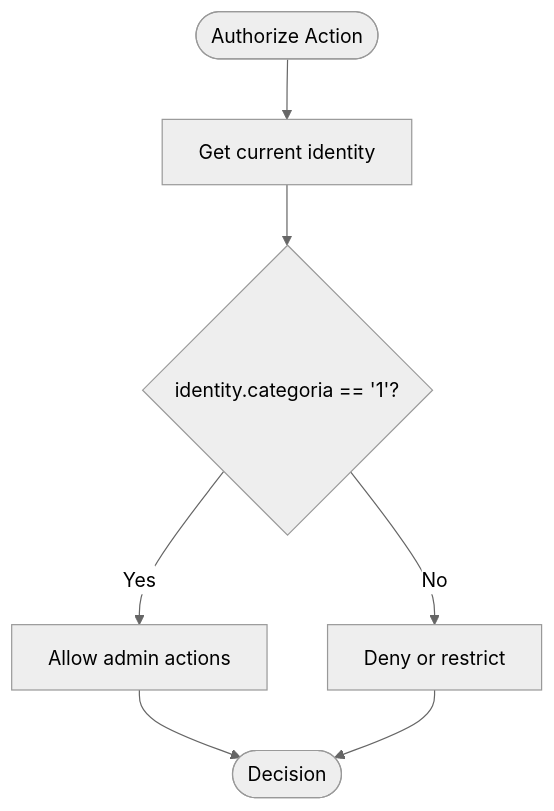
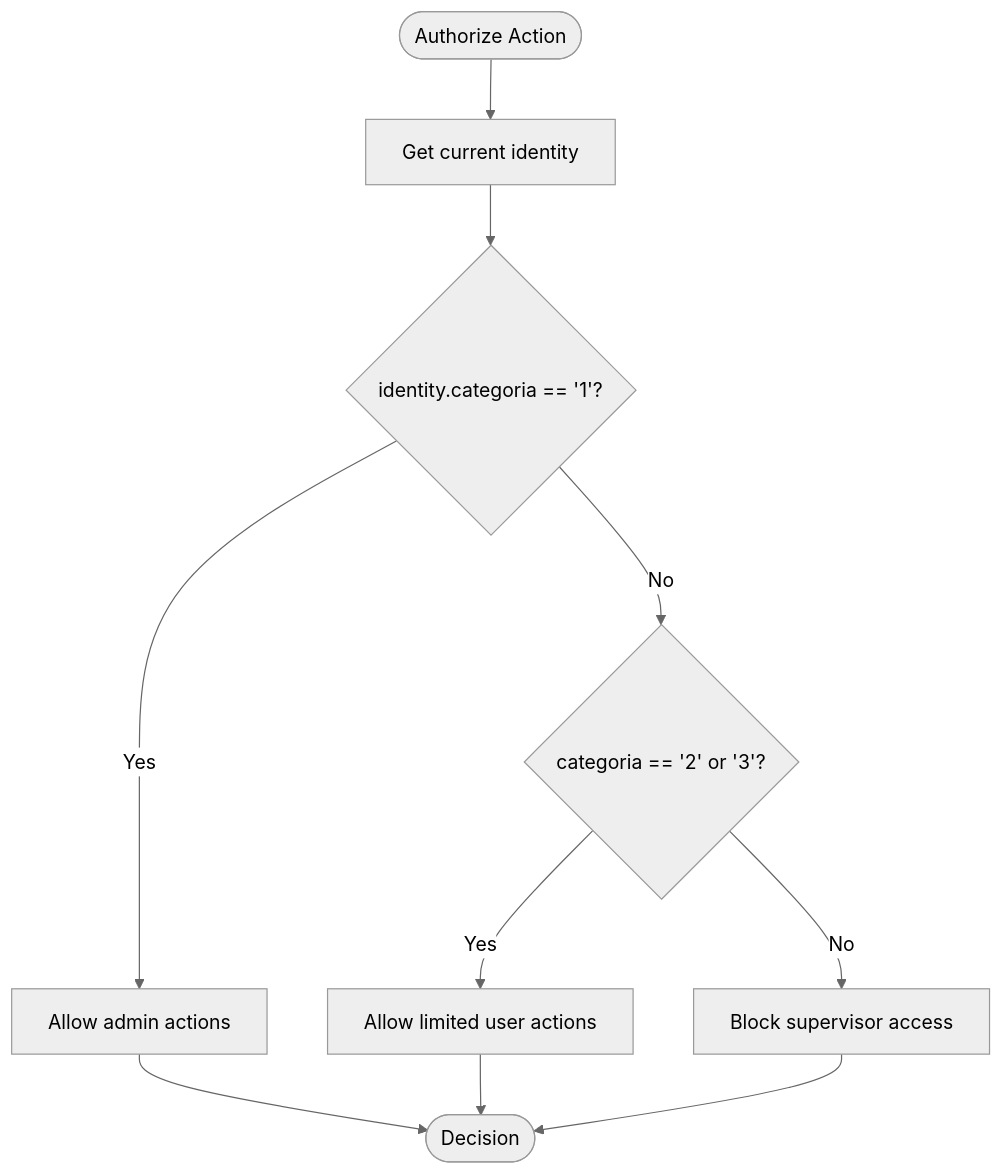
Before and after one commit to luiseduacosta/tcc4: the fifth of 7 diagrams in .qoder/repowiki/en/content/User Management System/User Management System.md, drawn with Mermaid (neutral theme). The commit also changed other lines of this file and 101 other files, not shown here.

````diff
--- a/.qoder/repowiki/en/content/User Management System/User Management System.md
+++ b/.qoder/repowiki/en/content/User Management System/User Management System.md
@@ -238,9 +262,12 @@
 ```mermaid
 flowchart TD
 Start(["Authorize Action"]) --> GetIdentity["Get current identity"]
 GetIdentity --> CheckRole{"identity.categoria == '1'?"}
 CheckRole --> |Yes| AllowAdmin["Allow admin actions"]
-CheckRole --> |No| DenyOrRestrict["Deny or restrict"]
+CheckRole --> |No| CheckStudent{"categoria == '2' or '3'?"}
+CheckStudent --> |Yes| AllowUser["Allow limited user actions"]
+CheckStudent --> |No| BlockSupervisor["Block supervisor access"]
 AllowAdmin --> End(["Decision"])
-DenyOrRestrict --> End
+AllowUser --> End
+BlockSupervisor --> End
 ```
````
